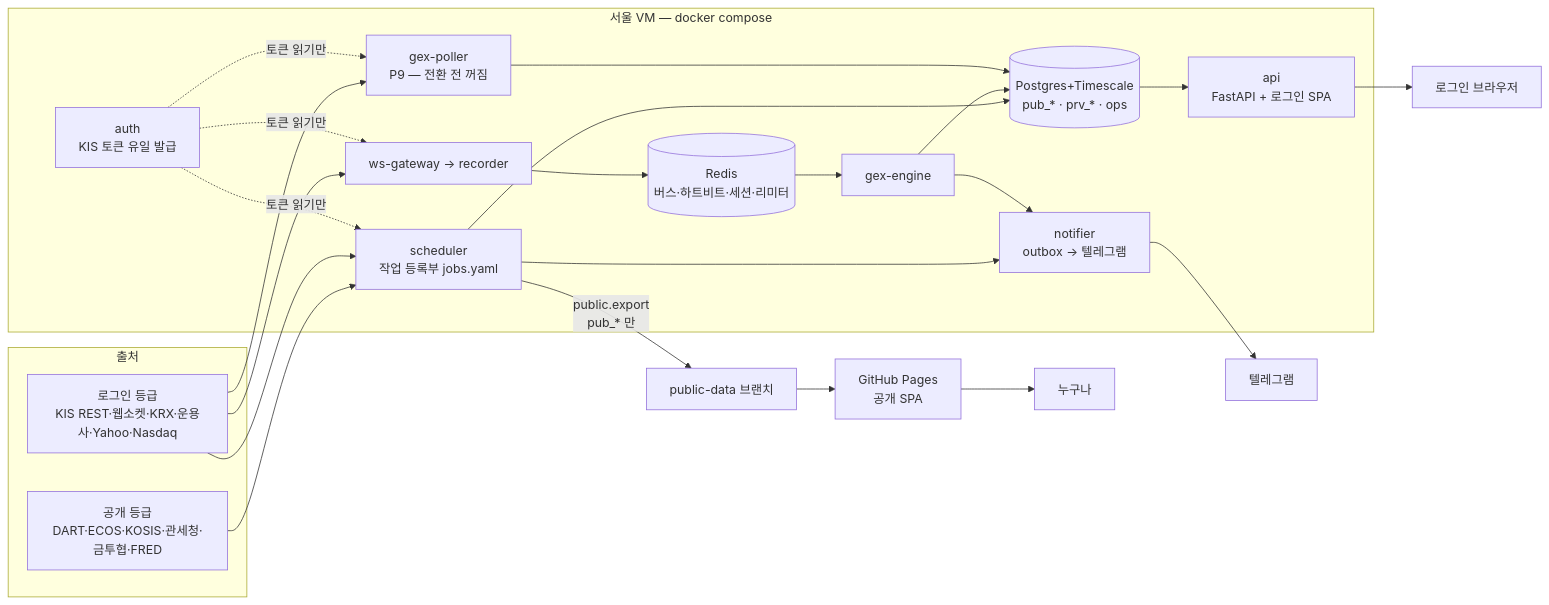
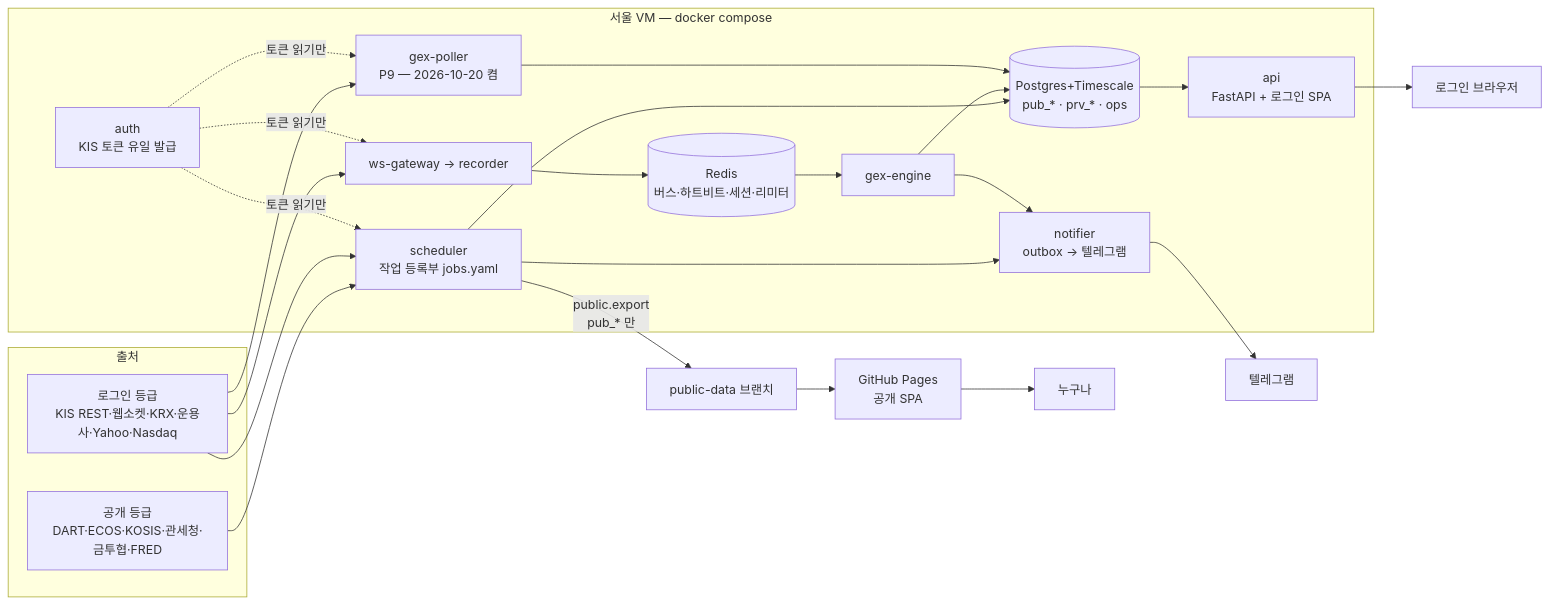
One commit to kimbob0604-cmyk/KBJ changed the first of 2 diagrams in docs/architecture.md. Above: the diagram before and after it, drawn with Mermaid. The commit also changed other lines of this file and 8 other files, not shown here.

````diff
--- a/docs/architecture.md
+++ b/docs/architecture.md
@@ -8,27 +8,27 @@
 ```mermaid
 flowchart LR
   subgraph SRC[출처]
     PUB[공개 등급<br/>DART·ECOS·KOSIS·관세청·금투협·FRED]
     PRV[로그인 등급<br/>KIS REST·웹소켓·KRX·운용사·Yahoo·Nasdaq]
   end
   subgraph VM[서울 VM — docker compose]
     AUTH[auth<br/>KIS 토큰 유일 발급]
     SCH[scheduler<br/>작업 등록부 jobs.yaml]
     WS[ws-gateway → recorder]
-    GXP[gex-poller<br/>P9 — 전환 전 꺼짐]
+    GXP[gex-poller<br/>P9 — 2026-10-20 켬]
     ENG[gex-engine]
     DB[(Postgres+Timescale<br/>pub_* · prv_* · ops)]
     RD[(Redis<br/>버스·하트비트·세션·리미터)]
     API[api<br/>FastAPI + 로그인 SPA]
     NOTI[notifier<br/>outbox → 텔레그램]
   end
   PUB --> SCH
   PRV --> SCH & WS & GXP
   AUTH -. 토큰 읽기만 .-> SCH & WS & GXP
   SCH --> DB
   WS --> RD --> ENG --> DB
   GXP --> DB
   DB --> API --> USER[로그인 브라우저]
   SCH -- public.export<br/>pub_* 만 --> PD[public-data 브랜치] --> PAGES[GitHub Pages<br/>공개 SPA] --> VIS[누구나]
   SCH & ENG --> NOTI --> TG[텔레그램]
 ```
````
